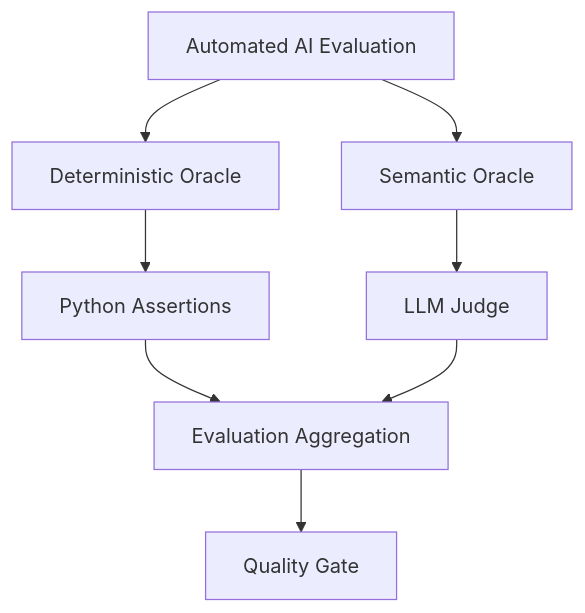
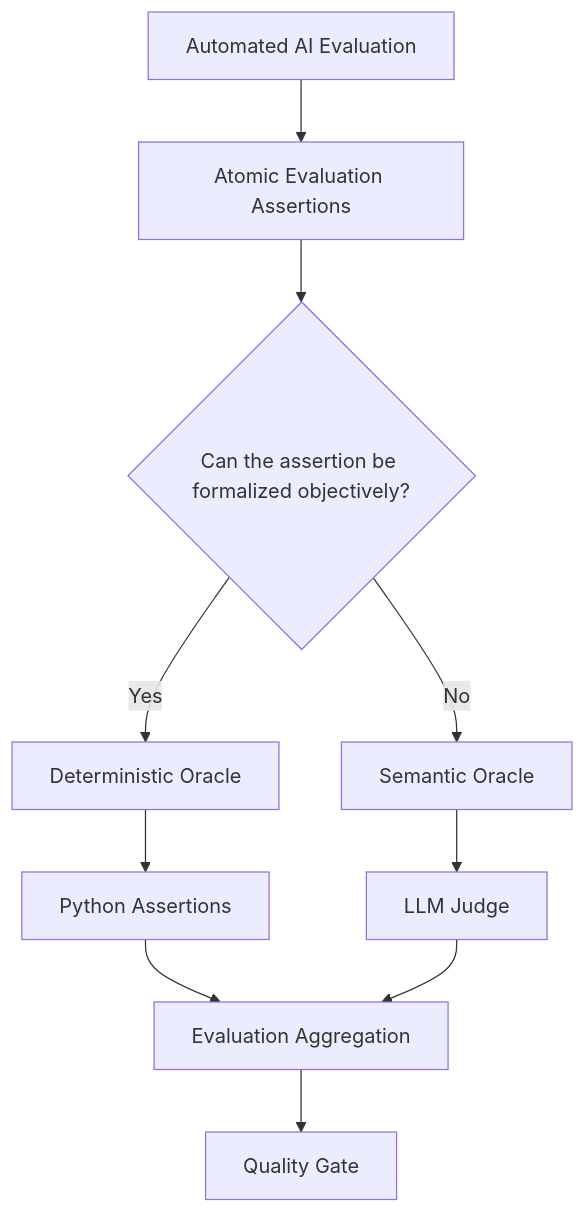
One commit to oleksandrserhieiev-beep/ai-qe-lab changed the diagram in docs/automated_ai_evaluation.md. Above: the diagram before and after it, drawn with Mermaid. The commit also changed other lines of this file, not shown here.

Commit message:
Document atomic oracle classification across evaluation suites

````diff
--- a/docs/automated_ai_evaluation.md
+++ b/docs/automated_ai_evaluation.md
@@ -7,10 +9,12 @@
 ```mermaid
 flowchart TD
-    A[Automated AI Evaluation] --> D[Deterministic Oracle]
-    A --> S[Semantic Oracle]
+    A[Automated AI Evaluation] --> AT[Atomic Evaluation Assertions]
+    AT --> Q{Can the assertion be formalized objectively?}
+    Q -->|Yes| D[Deterministic Oracle]
+    Q -->|No| S[Semantic Oracle]
     D --> P[Python Assertions]
     S --> J[LLM Judge]
     P --> R[Evaluation Aggregation]
     J --> R
     R --> G[Quality Gate]
 ```
````
